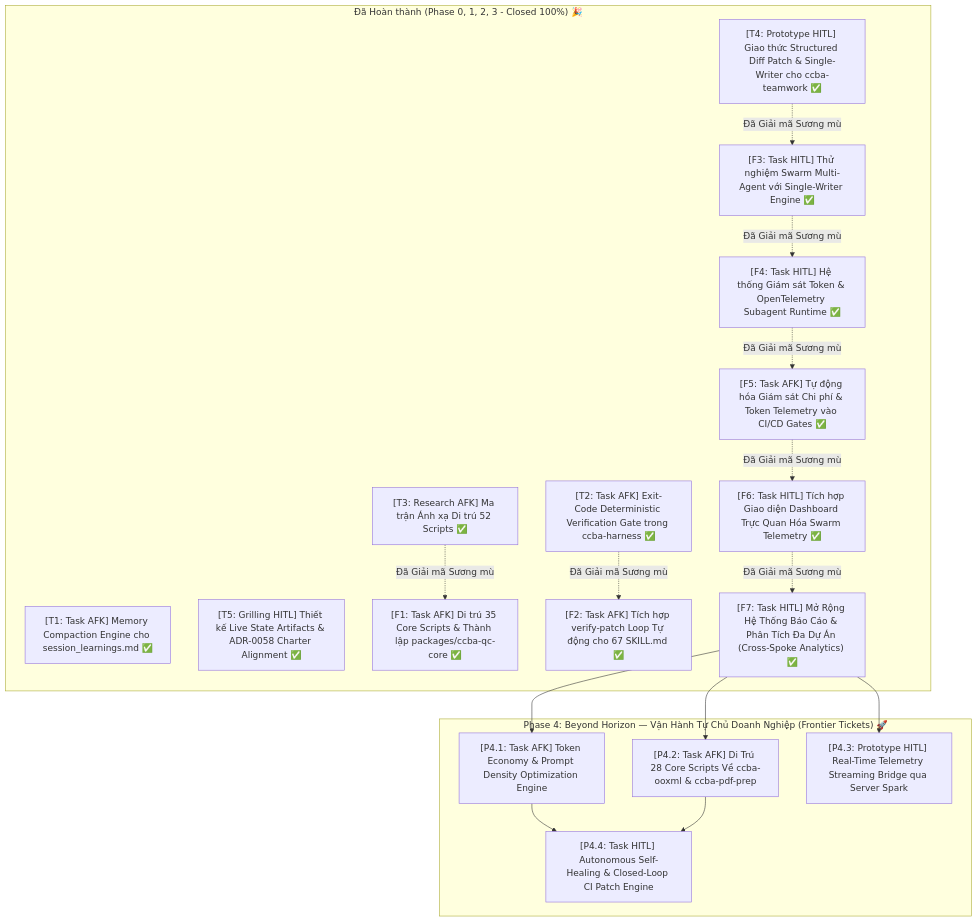
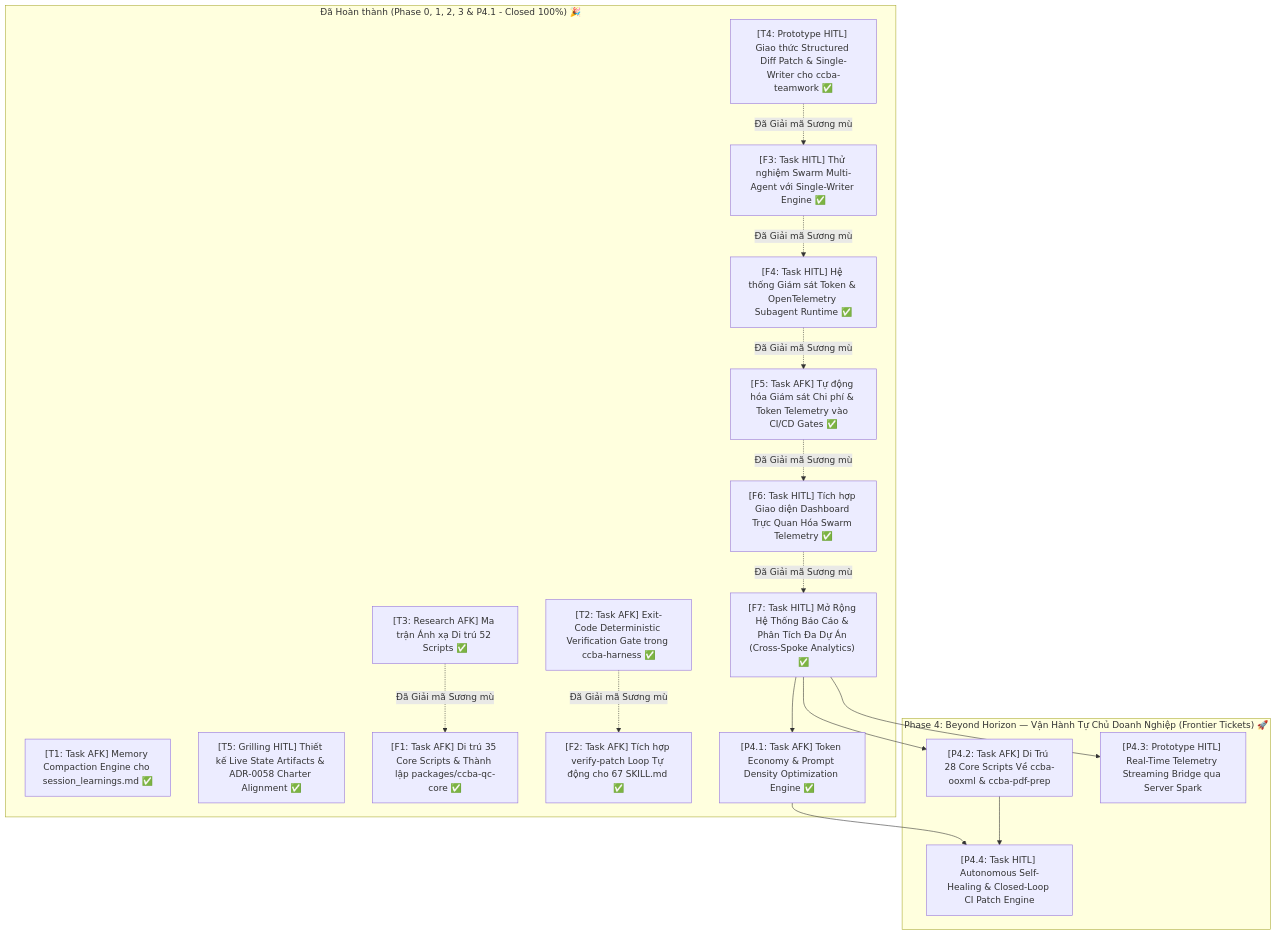
One commit to vvChu/ccba-agent-platform changed the diagram in .md/wayfinder/ccba-upgrade-roadmap/map.md. Above: the diagram before and after it, drawn with Mermaid. The commit also changed other lines of this file and 6 other files, not shown here.

Commit message:
feat(economy): implement prompt density index and token economy optimization engine

````diff
--- a/.md/wayfinder/ccba-upgrade-roadmap/map.md
+++ b/.md/wayfinder/ccba-upgrade-roadmap/map.md
@@ -141,37 +141,37 @@
 ```mermaid
 flowchart TD
-    subgraph Done ["Đã Hoàn thành (Phase 0, 1, 2, 3 - Closed 100%) 🎉"]
+    subgraph Done ["Đã Hoàn thành (Phase 0, 1, 2, 3 & P4.1 - Closed 100%) 🎉"]
         T1["[T1: Task AFK] Memory Compaction Engine cho session_learnings.md ✅"]
         T2["[T2: Task AFK] Exit-Code Deterministic Verification Gate trong ccba-harness ✅"]
         T3["[T3: Research AFK] Ma trận Ánh xạ Di trú 52 Scripts ✅"]
         T4["[T4: Prototype HITL] Giao thức Structured Diff Patch & Single-Writer cho ccba-teamwork ✅"]
         T5["[T5: Grilling HITL] Thiết kế Live State Artifacts & ADR-0058 Charter Alignment ✅"]
         F1["[F1: Task AFK] Di trú 35 Core Scripts & Thành lập packages/ccba-qc-core ✅"]
         F2["[F2: Task AFK] Tích hợp verify-patch Loop Tự động cho 67 SKILL.md ✅"]
         F3["[F3: Task HITL] Thử nghiệm Swarm Multi-Agent với Single-Writer Engine ✅"]
         F4["[F4: Task HITL] Hệ thống Giám sát Token & OpenTelemetry Subagent Runtime ✅"]
         F5["[F5: Task AFK] Tự động hóa Giám sát Chi phí & Token Telemetry vào CI/CD Gates ✅"]
         F6["[F6: Task HITL] Tích hợp Giao diện Dashboard Trực Quan Hóa Swarm Telemetry ✅"]
         F7["[F7: Task HITL] Mở Rộng Hệ Thống Báo Cáo & Phân Tích Đa Dự Án (Cross-Spoke Analytics) ✅"]
+        P4_1["[P4.1: Task AFK] Token Economy & Prompt Density Optimization Engine ✅"]
     end
 
     subgraph Phase4Frontier ["Phase 4: Beyond Horizon — Vận Hành Tự Chủ Doanh Nghiệp (Frontier Tickets) 🚀"]
-        P4_1["[P4.1: Task AFK] Token Economy & Prompt Density Optimization Engine"]
         P4_2["[P4.2: Task AFK] Di Trú 28 Core Scripts Về ccba-ooxml & ccba-pdf-prep"]
         P4_3["[P4.3: Prototype HITL] Real-Time Telemetry Streaming Bridge qua Server Spark"]
         P4_4["[P4.4: Task HITL] Autonomous Self-Healing & Closed-Loop CI Patch Engine"]
     end
 
     T3 -.->|Đã Giải mã Sương mù| F1
     T2 -.->|Đã Giải mã Sương mù| F2
     T4 -.->|Đã Giải mã Sương mù| F3
     F3 -.->|Đã Giải mã Sương mù| F4
     F4 -.->|Đã Giải mã Sương mù| F5
     F5 -.->|Đã Giải mã Sương mù| F6
     F6 -.->|Đã Giải mã Sương mù| F7
     F7 --> P4_1
     F7 --> P4_2
     F7 --> P4_3
     P4_1 --> P4_4
     P4_2 --> P4_4
 ```
````
